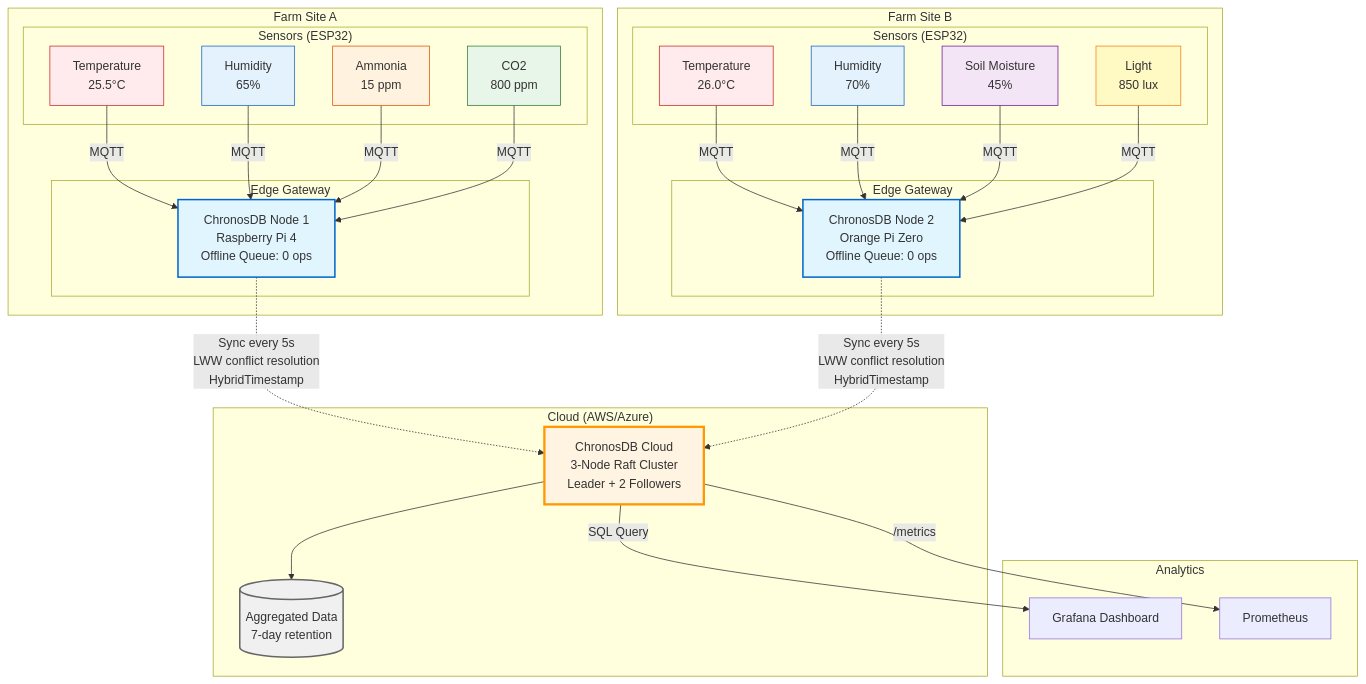
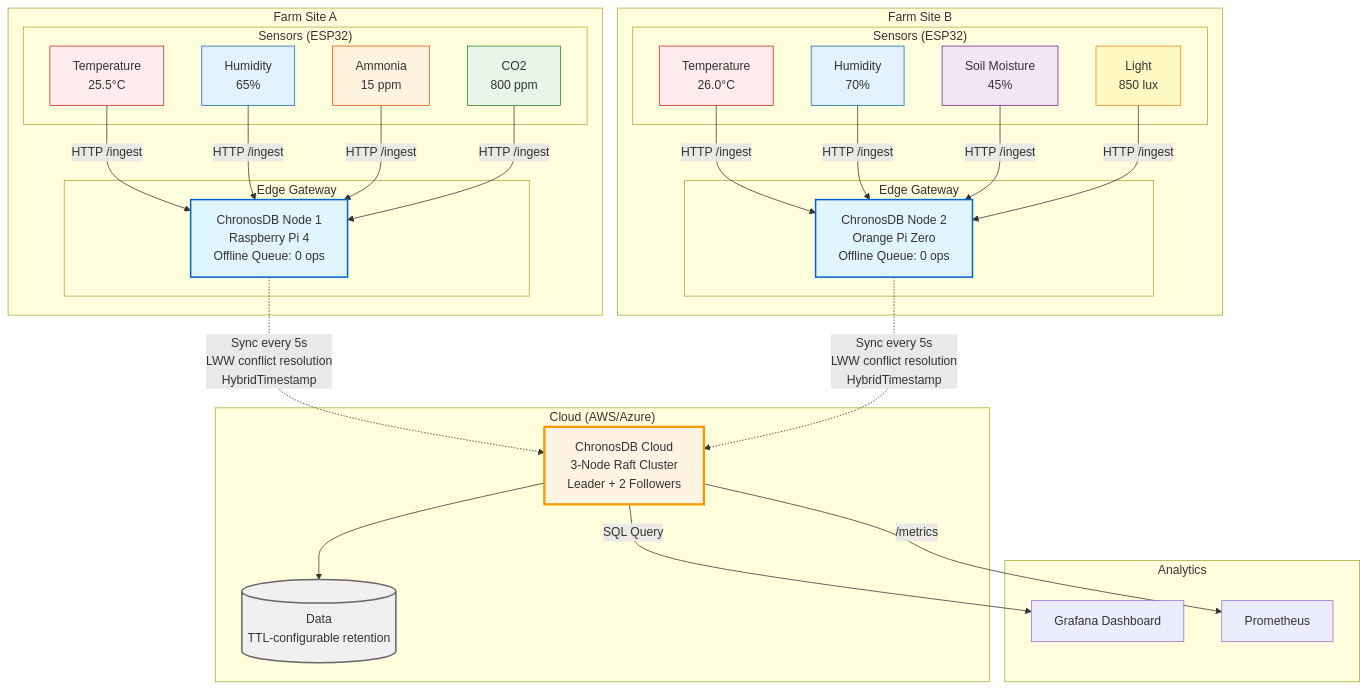
Before and after one commit to 0xReLogic/Chronos: the diagram in README.md, drawn with Mermaid. The commit also changed other lines of this file and 6 other files, not shown here.

````diff
--- a/README.md
+++ b/README.md
@@ -14,68 +14,68 @@
 ```mermaid
 graph TB
     subgraph "Farm Site A"
         subgraph "Sensors (ESP32)"
             S1[Temperature<br/>25.5°C]
             S2[Humidity<br/>65%]
             S3[Ammonia<br/>15 ppm]
             S4[CO2<br/>800 ppm]
         end
         
         subgraph "Edge Gateway"
             E1[ChronosDB Node 1<br/>Raspberry Pi 4<br/>Offline Queue: 0 ops]
         end
         
-        S1 -->|MQTT| E1
-        S2 -->|MQTT| E1
-        S3 -->|MQTT| E1
-        S4 -->|MQTT| E1
+        S1 -->|HTTP /ingest| E1
+        S2 -->|HTTP /ingest| E1
+        S3 -->|HTTP /ingest| E1
+        S4 -->|HTTP /ingest| E1
     end
     
     subgraph "Farm Site B"
         subgraph "Sensors (ESP32)"
             S5[Temperature<br/>26.0°C]
             S6[Humidity<br/>70%]
             S7[Soil Moisture<br/>45%]
             S8[Light<br/>850 lux]
         end
         
         subgraph "Edge Gateway"
             E2[ChronosDB Node 2<br/>Orange Pi Zero<br/>Offline Queue: 0 ops]
         end
         
-        S5 -->|MQTT| E2
-        S6 -->|MQTT| E2
-        S7 -->|MQTT| E2
-        S8 -->|MQTT| E2
+        S5 -->|HTTP /ingest| E2
+        S6 -->|HTTP /ingest| E2
+        S7 -->|HTTP /ingest| E2
+        S8 -->|HTTP /ingest| E2
     end
     
     subgraph "Cloud (AWS/Azure)"
         C1[ChronosDB Cloud<br/>3-Node Raft Cluster<br/>Leader + 2 Followers]
-        DB[(Aggregated Data<br/>7-day retention)]
+        DB[(Data<br/>TTL-configurable retention)]
     end
     
     E1 -.->|Sync every 5s<br/>LWW conflict resolution<br/>HybridTimestamp| C1
     E2 -.->|Sync every 5s<br/>LWW conflict resolution<br/>HybridTimestamp| C1
     C1 --> DB
     
     subgraph "Analytics"
         G[Grafana Dashboard]
         P[Prometheus]
     end
     
     C1 -->|/metrics| P
     C1 -->|SQL Query| G
     
     style E1 fill:#e1f5ff,stroke:#0066cc,stroke-width:2px
     style E2 fill:#e1f5ff,stroke:#0066cc,stroke-width:2px
     style C1 fill:#fff4e1,stroke:#ff9800,stroke-width:3px
     style DB fill:#f0f0f0,stroke:#666,stroke-width:2px
     style S1 fill:#ffebee,stroke:#c62828
     style S2 fill:#e3f2fd,stroke:#1565c0
     style S3 fill:#fff3e0,stroke:#e65100
     style S4 fill:#e8f5e9,stroke:#2e7d32
     style S5 fill:#ffebee,stroke:#c62828
     style S6 fill:#e3f2fd,stroke:#1565c0
     style S7 fill:#f3e5f5,stroke:#6a1b9a
     style S8 fill:#fff9c4,stroke:#f57f17
 ```
````
